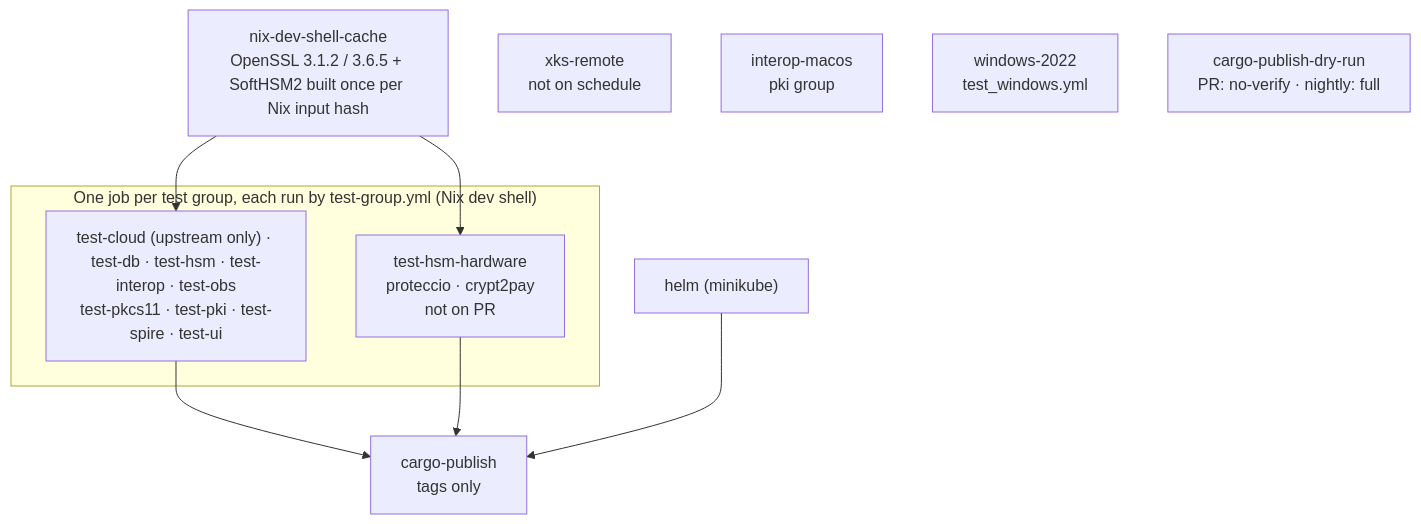
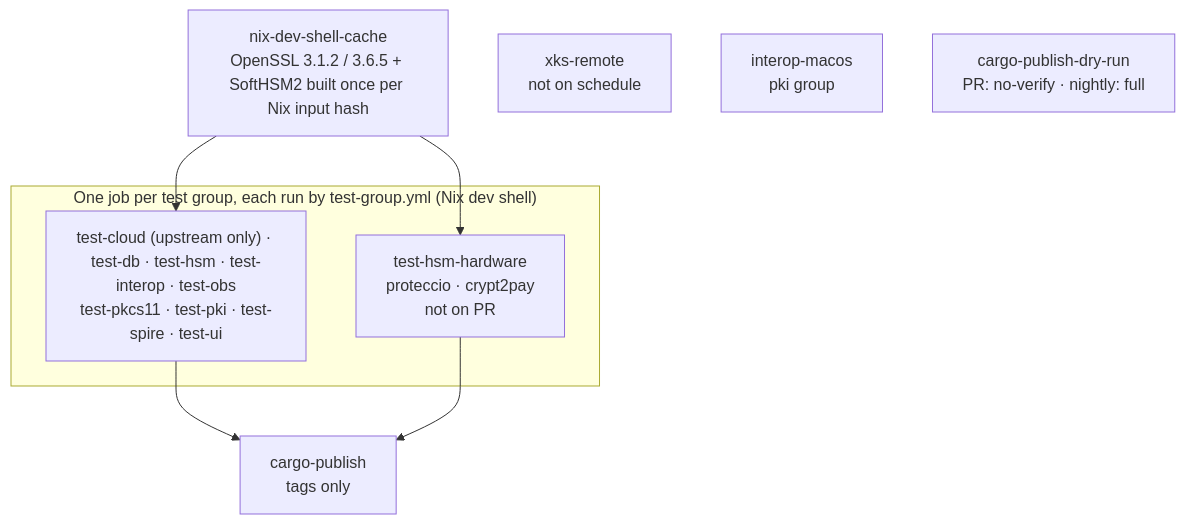
One commit to Cosmian/kms changed the third of 3 diagrams in .github/workflows/README_main.md. Above: the diagram before and after it, drawn with Mermaid. The commit also changed other lines of this file and 8 other files, not shown here.

Commit message:
ci: group supply-chain, no-nix and windows jobs; move helm E2E to packaging-kubernetes

````diff
--- a/.github/workflows/README_main.md
+++ b/.github/workflows/README_main.md
@@ -59,16 +59,14 @@
 ```mermaid
 flowchart TB
     Cache["nix-dev-shell-cache<br/>OpenSSL 3.1.2 / 3.6.5 + SoftHSM2 built once per Nix input hash"]
     subgraph NixJobs["One job per test group, each run by test-group.yml (Nix dev shell)"]
         Groups["test-cloud (upstream only) · test-db · test-hsm · test-interop · test-obs<br/>test-pkcs11 · test-pki · test-spire · test-ui"]
         Hsm["test-hsm-hardware<br/>proteccio · crypt2pay<br/>not on PR"]
     end
     Cache --> Groups & Hsm
-    Helm["helm (minikube)"]
     Xks["xks-remote<br/>not on schedule"]
     Mac["interop-macos<br/>pki group"]
-    Win["windows-2022<br/>test_windows.yml"]
     DryRun["cargo-publish-dry-run<br/>PR: no-verify · nightly: full"]
     Publish["cargo-publish<br/>tags only"]
-    Groups & Hsm & Helm --> Publish
+    Groups & Hsm --> Publish
 ```
````
